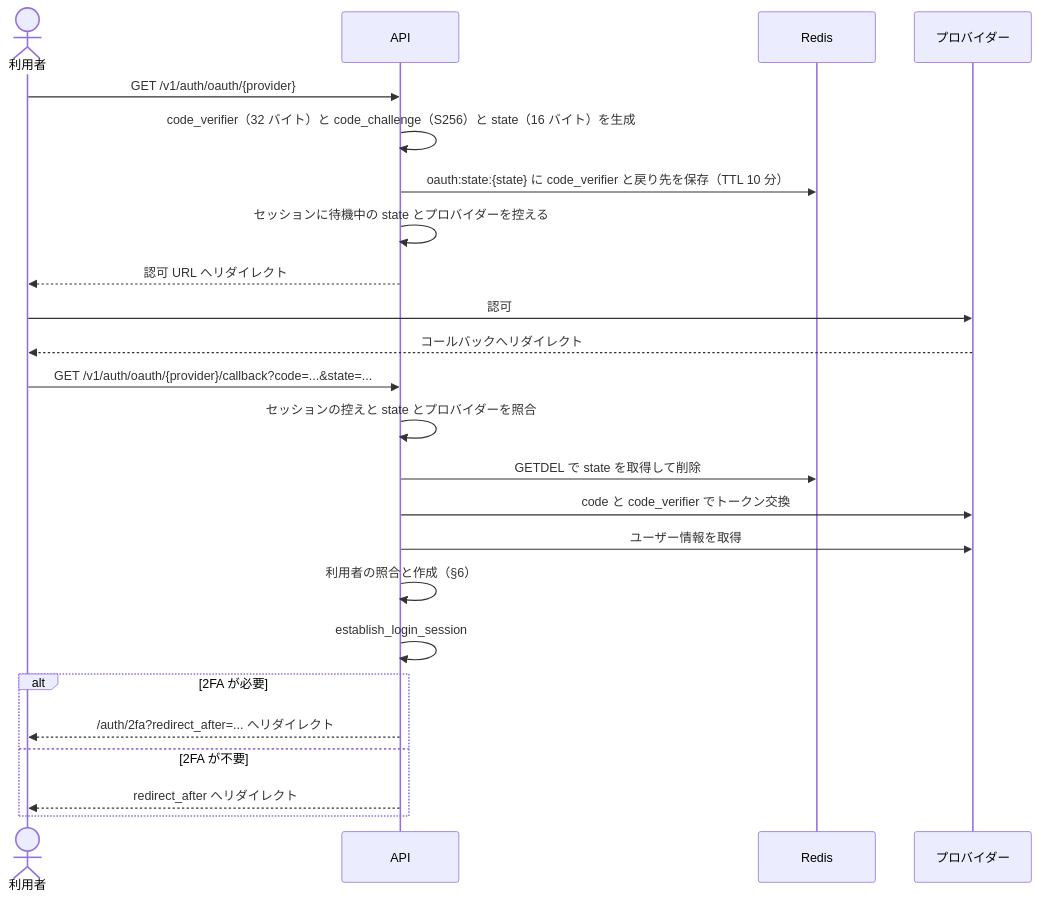
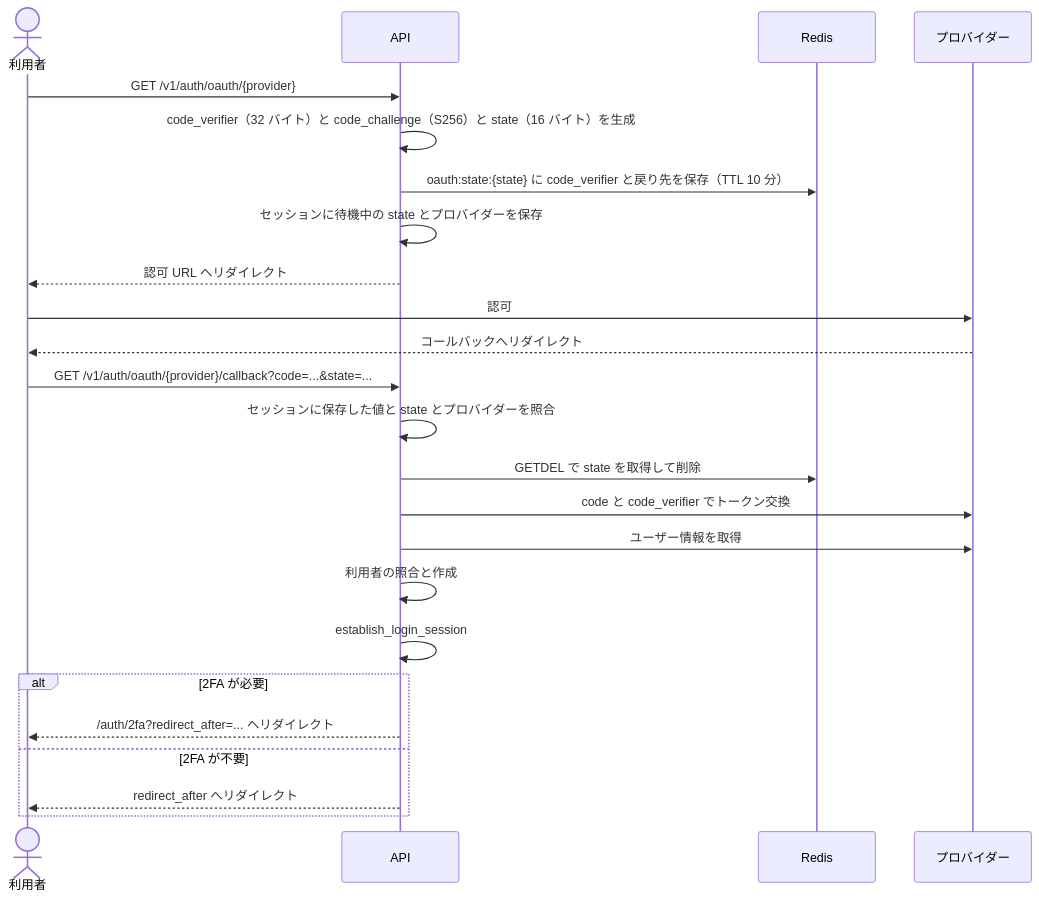
The second of 3 diagrams in docs/features/auth-oauth.md (koyori-app/task), drawn with Mermaid before and after one commit. The commit also changed other lines of this file and 4 other files, not shown here.

````diff
--- a/docs/features/auth-oauth.md
+++ b/docs/features/auth-oauth.md
@@ -189,27 +126,27 @@
 ```mermaid
 sequenceDiagram
     actor U as 利用者
     participant B as API
     participant R as Redis
     participant P as プロバイダー
 
     U->>B: GET /v1/auth/oauth/{provider}
     B->>B: code_verifier（32 バイト）と code_challenge（S256）と state（16 バイト）を生成
     B->>R: oauth:state:{state} に code_verifier と戻り先を保存（TTL 10 分）
-    B->>B: セッションに待機中の state とプロバイダーを控える
+    B->>B: セッションに待機中の state とプロバイダーを保存
     B-->>U: 認可 URL へリダイレクト
     U->>P: 認可
     P-->>U: コールバックへリダイレクト
     U->>B: GET /v1/auth/oauth/{provider}/callback?code=...&state=...
-    B->>B: セッションの控えと state とプロバイダーを照合
+    B->>B: セッションに保存した値と state とプロバイダーを照合
     B->>R: GETDEL で state を取得して削除
     B->>P: code と code_verifier でトークン交換
     B->>P: ユーザー情報を取得
-    B->>B: 利用者の照合と作成（§6）
+    B->>B: 利用者の照合と作成
     B->>B: establish_login_session
     alt 2FA が必要
         B-->>U: /auth/2fa?redirect_after=... へリダイレクト
     else 2FA が不要
         B-->>U: redirect_after へリダイレクト
     end
 ```
````
